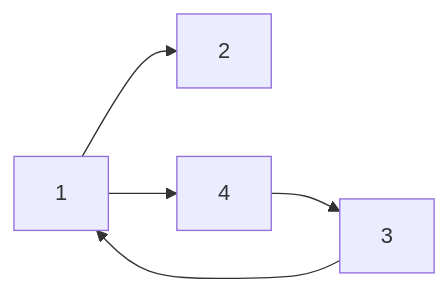
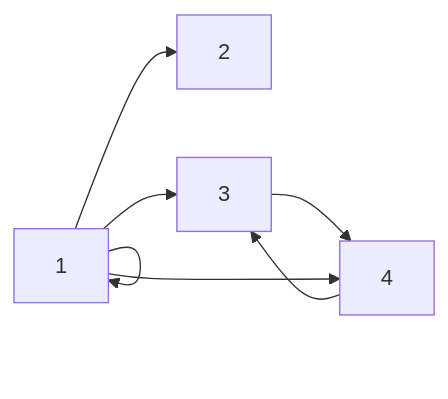
Before and after one commit to SlideeScherz/hacker-rank: the diagram in graph-theory/dijkstra-shortest-reach-2.md, drawn with Mermaid.

````diff
--- a/graph-theory/dijkstra-shortest-reach-2.md
+++ b/graph-theory/dijkstra-shortest-reach-2.md
@@ -24,7 +24,6 @@
 ```mermaid
 flowchart LR
   1 --> 2
-  1 --> 4
-  3 --> 1
+  1 --> 3 & 1 --> 4
   4 --> 3
 ```
````
